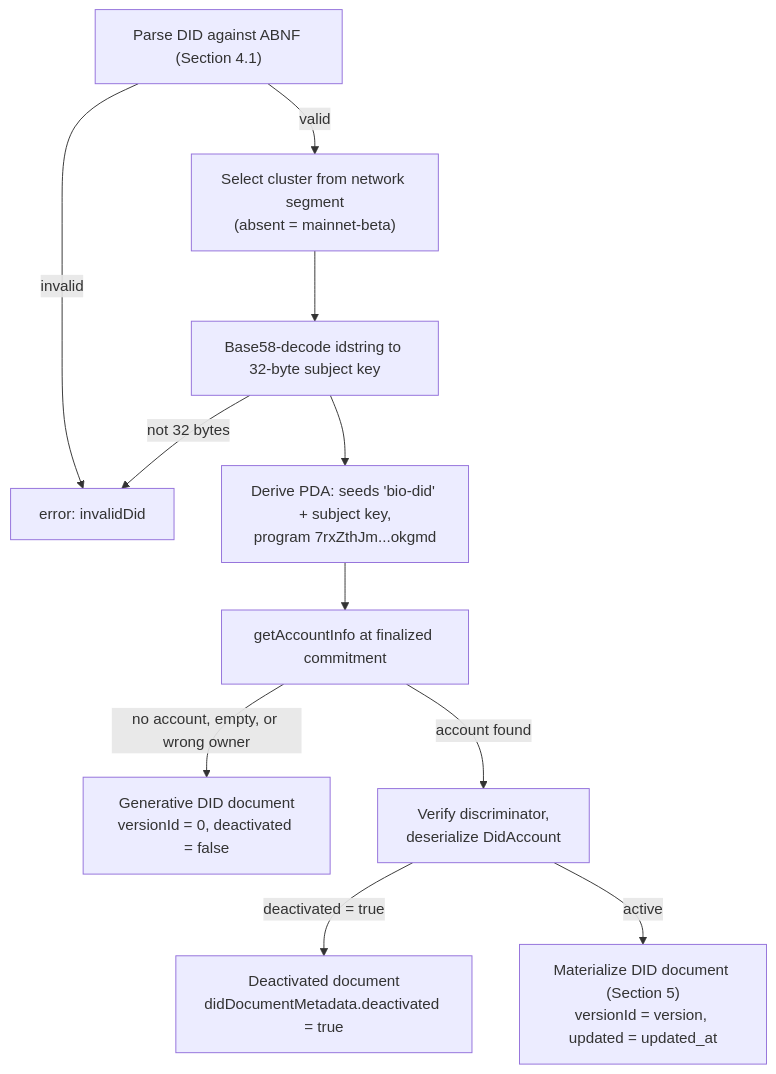
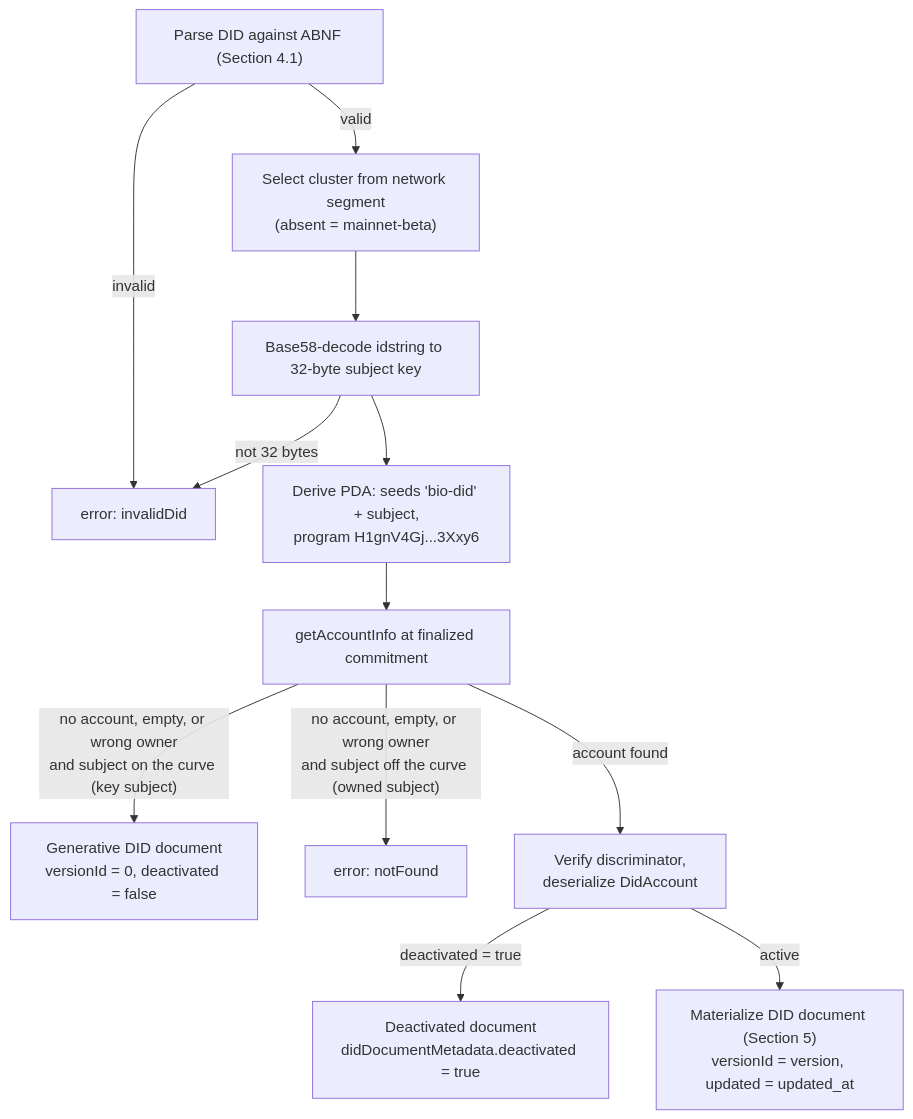
One commit to ekayana-labs/bio-did-spec changed the first of 3 diagrams in did-bio-spec.md. Above: the diagram before and after it, drawn with Mermaid. The commit also changed other lines of this file and 1 other file, not shown here.

Commit message:
Specify owned subjects for v1.2

````diff
--- a/did-bio-spec.md
+++ b/did-bio-spec.md
@@ -663,13 +718,14 @@
 ```mermaid
 flowchart TD
     A["Parse DID against ABNF (Section 4.1)"] -->|invalid| E["error: invalidDid"]
     A -->|valid| B["Select cluster from network segment<br/>(absent = mainnet-beta)"]
     B --> C["Base58-decode idstring to 32-byte subject key"]
     C -->|not 32 bytes| E
-    C --> D["Derive PDA: seeds 'bio-did' + subject key,<br/>program 7rxZthJm...okgmd"]
+    C --> D["Derive PDA: seeds 'bio-did' + subject,<br/>program H1gnV4Gj...3Xxy6"]
     D --> F["getAccountInfo at finalized commitment"]
-    F -->|"no account, empty, or wrong owner"| G["Generative DID document<br/>versionId = 0, deactivated = false"]
+    F -->|"no account, empty, or wrong owner<br/>and subject on the curve (key subject)"| G["Generative DID document<br/>versionId = 0, deactivated = false"]
+    F -->|"no account, empty, or wrong owner<br/>and subject off the curve (owned subject)"| N["error: notFound"]
     F -->|account found| H["Verify discriminator,<br/>deserialize DidAccount"]
     H -->|deactivated = true| I["Deactivated document<br/>didDocumentMetadata.deactivated = true"]
     H -->|active| J["Materialize DID document (Section 5)<br/>versionId = version, updated = updated_at"]
 ```
````
